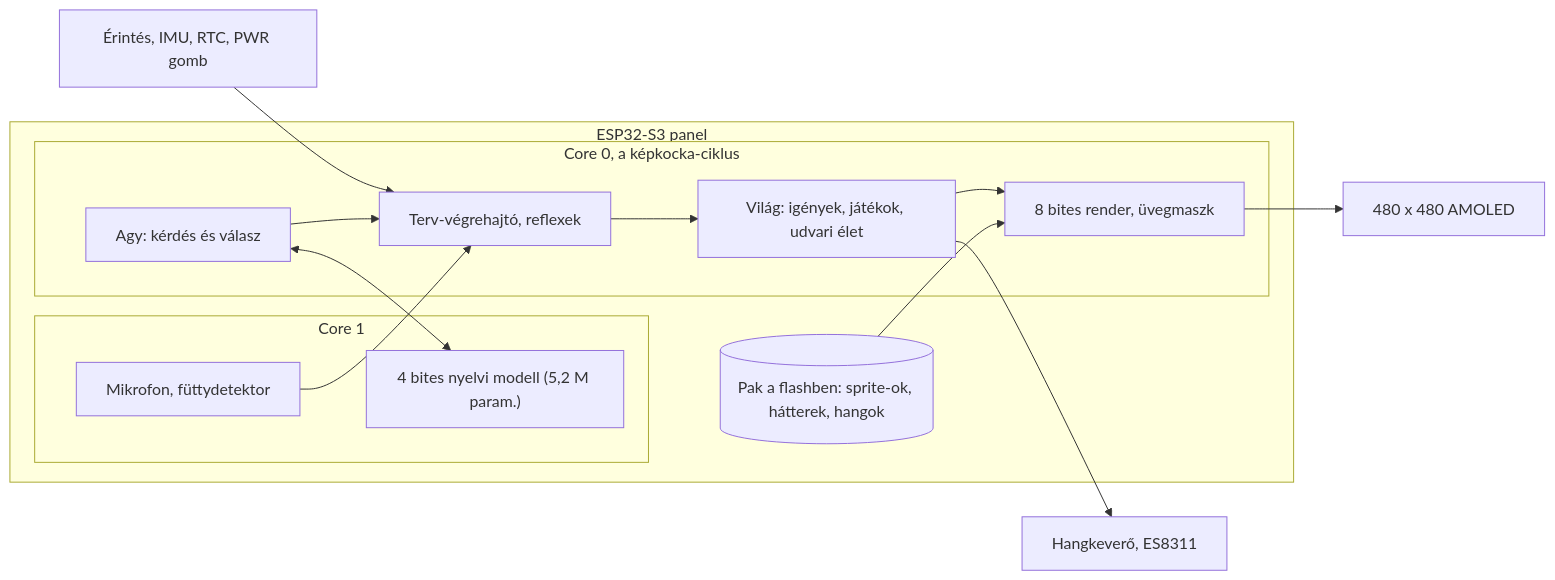
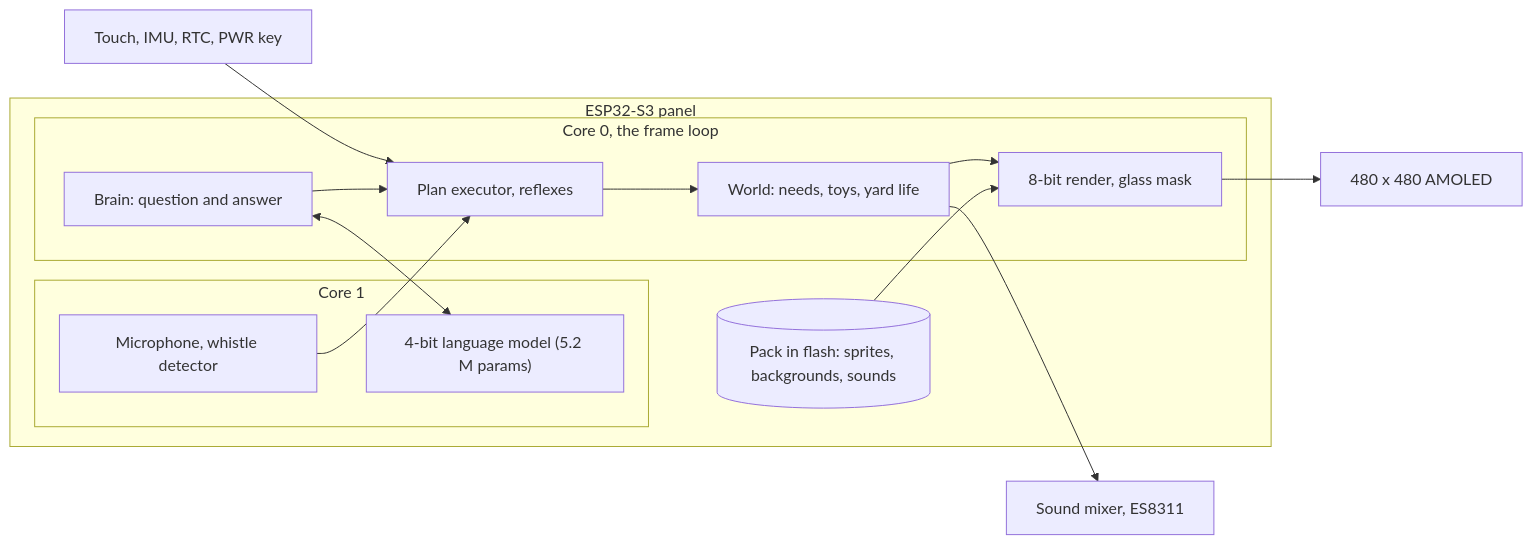
Before and after one commit to piszabolcs/pixel-lili: the diagram in README.md, drawn with Mermaid. The commit also changed other lines of this file, not shown here.

````diff
--- a/README.md
+++ b/README.md
@@ -64,23 +63,23 @@
 ```mermaid
 flowchart LR
   subgraph Panel["ESP32-S3 panel"]
     subgraph Core1["Core 1"]
-      LLM["4 bites nyelvi modell (5,2 M param.)"]
-      MIC["Mikrofon, füttydetektor"]
+      LLM["4-bit language model (5.2 M params)"]
+      MIC["Microphone, whistle detector"]
     end
-    subgraph Core0["Core 0, a képkocka-ciklus"]
-      BRAIN["Agy: kérdés és válasz"]
-      PLAN["Terv-végrehajtó, reflexek"]
-      WORLD["Világ: igények, játékok, udvari élet"]
-      RENDER["8 bites render, üvegmaszk"]
+    subgraph Core0["Core 0, the frame loop"]
+      BRAIN["Brain: question and answer"]
+      PLAN["Plan executor, reflexes"]
+      WORLD["World: needs, toys, yard life"]
+      RENDER["8-bit render, glass mask"]
     end
-    PAK[("Pak a flashben: sprite-ok, hátterek, hangok")]
+    PAK[("Pack in flash: sprites, backgrounds, sounds")]
   end
-  SENS["Érintés, IMU, RTC, PWR gomb"] --> PLAN
+  SENS["Touch, IMU, RTC, PWR key"] --> PLAN
   MIC --> PLAN
   BRAIN <--> LLM
   BRAIN --> PLAN --> WORLD --> RENDER
   PAK --> RENDER
-  WORLD --> SND["Hangkeverő, ES8311"]
+  WORLD --> SND["Sound mixer, ES8311"]
   RENDER --> LCD["480 x 480 AMOLED"]
 ```
````
